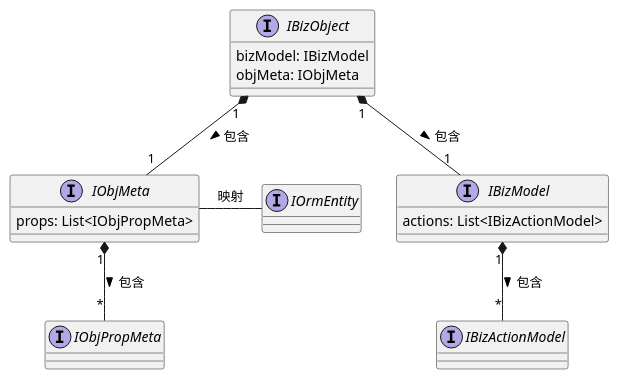
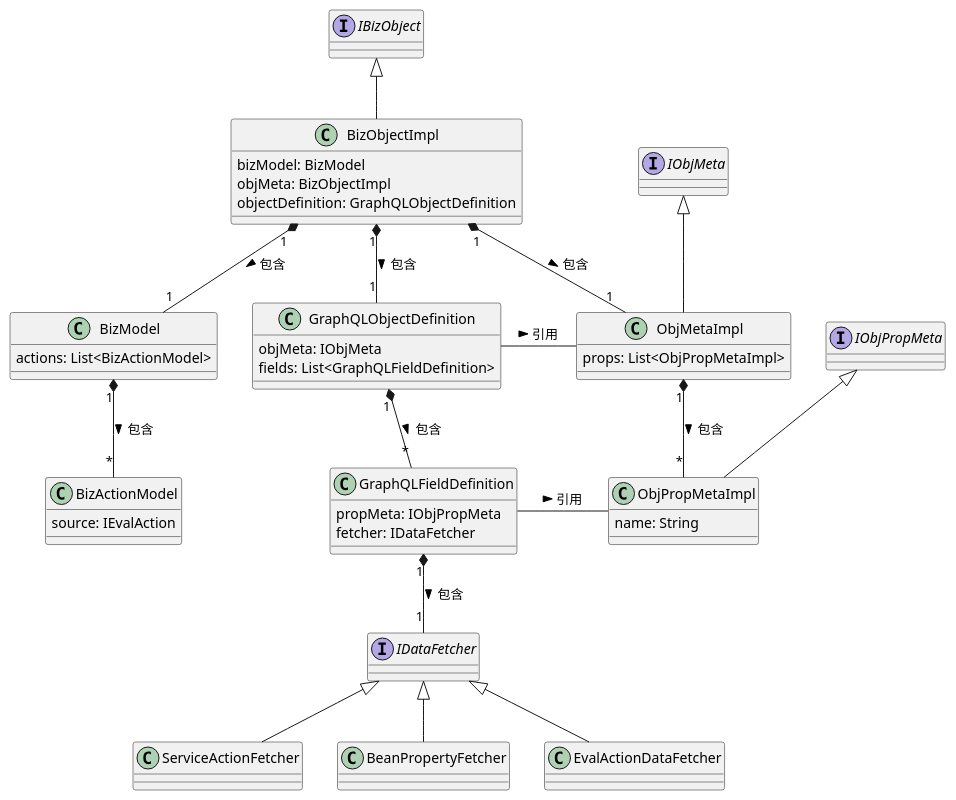
The seventh of 7 diagrams in docs/400.implement/400.component/100.graphql.md (crazydan-studio/nop.crazydan.io), drawn with PlantUML before and after one commit. The commit also changed other lines of this file, not shown here.

Commit message:
Docs: 更新章节<NopGraphQL 引擎>

````diff
--- a/docs/400.implement/400.component/100.graphql.md
+++ b/docs/400.implement/400.component/100.graphql.md
@@ -655,31 +651,70 @@
 ```plantuml
-interface "IBizObject" as biz_obj {
-  bizModel: IBizModel
-  objMeta: IObjMeta
+interface "IBizObject" as biz_obj_inf {
 }
 
-interface "IBizModel" as biz_model {
-  actions: List<IBizActionModel>
+class "BizObjectImpl" as biz_obj {
+  bizModel: BizModel
+  objMeta: BizObjectImpl
+  objectDefinition: GraphQLObjectDefinition
+}
+biz_obj_inf <|-- biz_obj
+
+class "BizModel" as biz_model {
+  actions: List<BizActionModel>
 }
 
-interface "IBizActionModel" as biz_action {
+class "BizActionModel" as biz_action {
+  source: IEvalAction
 }
 
-interface "IObjMeta" as obj_meta {
-  props: List<IObjPropMeta>
+interface "IObjMeta" as obj_meta_inf {
 }
 
-interface "IObjPropMeta" as obj_prop_meta {
+class "ObjMetaImpl" as obj_meta {
+  props: List<ObjPropMetaImpl>
+}
+obj_meta_inf <|-- obj_meta
+
+interface "IObjPropMeta" as obj_prop_meta_inf {
 }
 
-interface "IOrmEntity" as orm_entity {
+class "ObjPropMetaImpl" as obj_prop_meta {
+  name: String
 }
+obj_prop_meta_inf <|-- obj_prop_meta
+
+class "GraphQLObjectDefinition" as gpl_obj_def {
+  objMeta: IObjMeta
+  fields: List<GraphQLFieldDefinition>
+}
+
+class "GraphQLFieldDefinition" as gpl_field_def {
+  propMeta: IObjPropMeta
+  fetcher: IDataFetcher
+}
+
+interface "IDataFetcher" as fetcher_inf {
+}
+
+class "ServiceActionFetcher" as fetcher_biz_action {
+}
+class "BeanPropertyFetcher" as fetcher_call_getter {
+}
+class "EvalActionDataFetcher" as fetcher_biz_loader {
+}
+fetcher_inf <|-- fetcher_biz_action
+fetcher_inf <|-- fetcher_call_getter
+fetcher_inf <|-- fetcher_biz_loader
 
 biz_obj "1" *-- "1" biz_model: 包含 >
 biz_obj "1" *-- "1" obj_meta: 包含 >
+biz_obj "1" *-- "1" gpl_obj_def: 包含 >
 
 biz_model "1" *-- "*" biz_action: 包含 >
 obj_meta "1" *-- "*" obj_prop_meta: 包含 >
+gpl_obj_def "1" *-- "*" gpl_field_def: 包含 >
+gpl_field_def "1" *-- "1" fetcher_inf: 包含 >
 
-obj_meta -right- orm_entity: 映射
+gpl_obj_def - obj_meta: 引用 >
+gpl_field_def - obj_prop_meta: 引用 >
 ```
````
